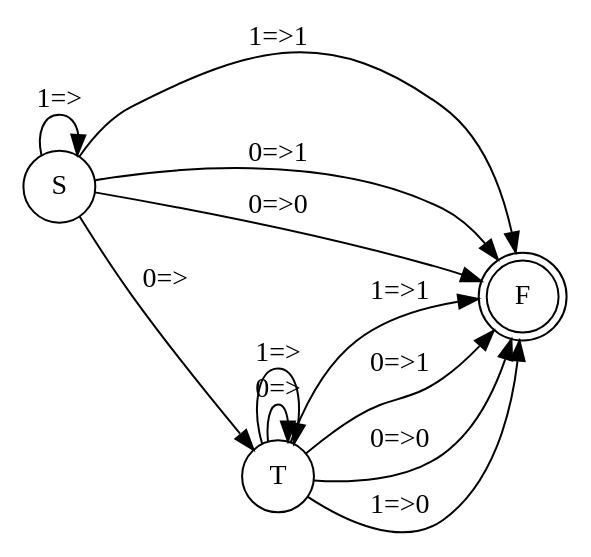
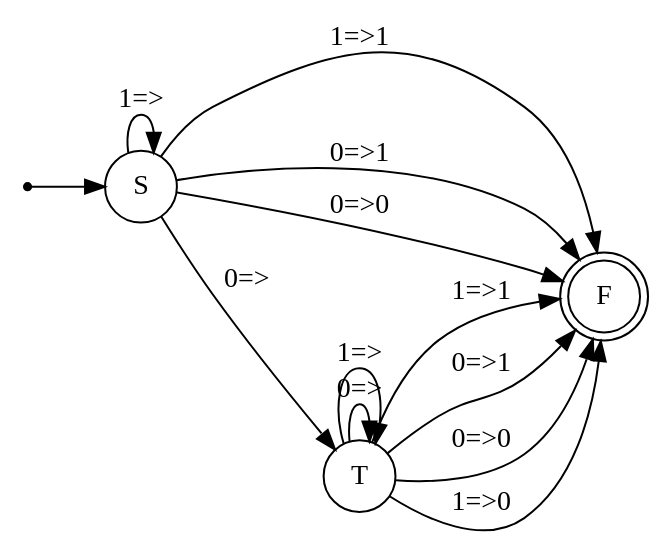
The diagram in Практика/РК1/Варианты/Вариант 6.md (HumsterProgrammer/iu9-tfl-practice), drawn with Graphviz before and after one commit.

Commit message:
minor fixes

````diff
--- a/Практика/РК1/Варианты/Вариант 6.md
+++ b/Практика/РК1/Варианты/Вариант 6.md
@@ -18,18 +18,21 @@
 ```dot
 digraph{
 	rankdir=LR
 	node[shape=circle]
+	point[shape=point]
 	F[shape=doublecircle]
+
+	point -> S
 
 	S -> F [label="1=>1"]
 	S -> F [label="0=>1"]
 	S -> F [label="0=>0"]
 	S -> S [label="1=>"]
 	S,T -> T [label="0=>"]
 	T -> T [label="1=>"]
 	T -> F [label="1=>1"]
 	T -> F [label="0=>1"]
 	T -> F [label="0=>0"]
 	T -> F [label="1=>0"]
 }
 ```
````
